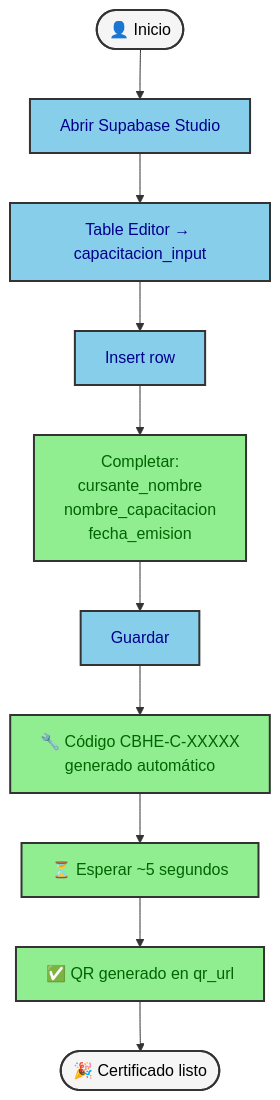
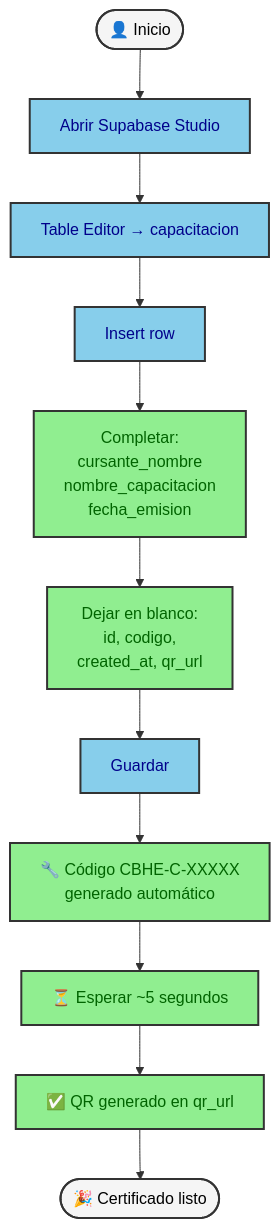
The third of 5 diagrams in GUIA-CERTIFICADOS.md (vincentiwadsworth/cbhe-web), drawn with Mermaid before and after one commit. The commit also changed other lines of this file and 3 other files, not shown here.

First line of the commit message:
fix(certificados): drop _input views + update docs for direct table insert

````diff
--- a/GUIA-CERTIFICADOS.md
+++ b/GUIA-CERTIFICADOS.md
@@ -102,20 +108,21 @@
 ```mermaid
 flowchart TD
   Start([👤 Inicio]) --> Login[Abrir Supabase Studio]
-  Login -->   TableEditor[Table Editor → capacitacion_input]
+  Login -->   TableEditor[Table Editor → capacitacion]
   TableEditor --> Insert[Insert row]
   Insert --> FillFields["Completar:<br/>cursante_nombre<br/>nombre_capacitacion<br/>fecha_emision"]
-  FillFields --> Save[Guardar]
+  FillFields --> Skip["Dejar en blanco:<br/>id, codigo,<br/>created_at, qr_url"]
+  Skip --> Save[Guardar]
   Save --> AutoCode["🔧 Código CBHE-C-XXXXX<br/>generado automático"]
   AutoCode --> Wait["⏳ Esperar ~5 segundos"]
   Wait --> QRReady["✅ QR generado en qr_url"]
   QRReady --> Done([🎉 Certificado listo])
 
   classDef primary fill:#90EE90,stroke:#333,stroke-width:2px,color:darkgreen
   classDef secondary fill:#87CEEB,stroke:#333,stroke-width:2px,color:darkblue
   classDef terminal fill:#F5F5F5,stroke:#333,stroke-width:2px,color:black
 
   class Start,Done terminal
   class Login,TableEditor,Insert,Save secondary
-  class FillFields,AutoCode,Wait,QRReady primary
+  class FillFields,Skip,AutoCode,Wait,QRReady primary
 ```
````
